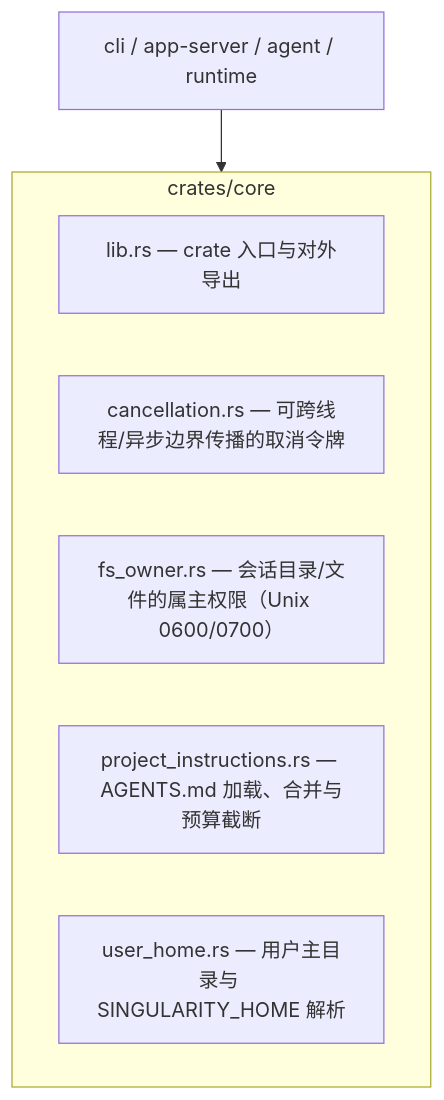
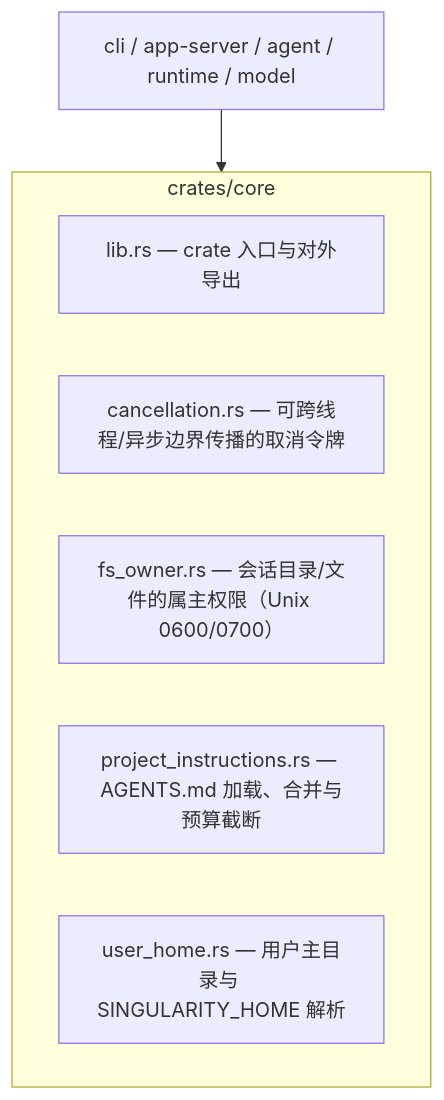
Before and after one commit to qjcnmd/singularity-agent: the third of 10 diagrams in docs/repository-map.md, drawn with Mermaid. The commit also changed other lines of this file and 1 other file, not shown here.

Commit message:
docs: 更新仓库地图与可靠性裁决记录（对齐 ThreadCatalog、protocol 与双协议分派）

````diff
--- a/docs/repository-map.md
+++ b/docs/repository-map.md
@@ -53,11 +50,11 @@
 ```mermaid
 flowchart TD
     subgraph core["crates/core"]
         lib["lib.rs — crate 入口与对外导出"]
         cancellation["cancellation.rs — 可跨线程/异步边界传播的取消令牌"]
         fs_owner["fs_owner.rs — 会话目录/文件的属主权限（Unix 0600/0700）"]
         project_instructions["project_instructions.rs — AGENTS.md 加载、合并与预算截断"]
         user_home["user_home.rs — 用户主目录与 SINGULARITY_HOME 解析"]
     end
-    cli["cli / app-server / agent / runtime"] --> core
+    cli["cli / app-server / agent / runtime / model"] --> core
 ```
````
